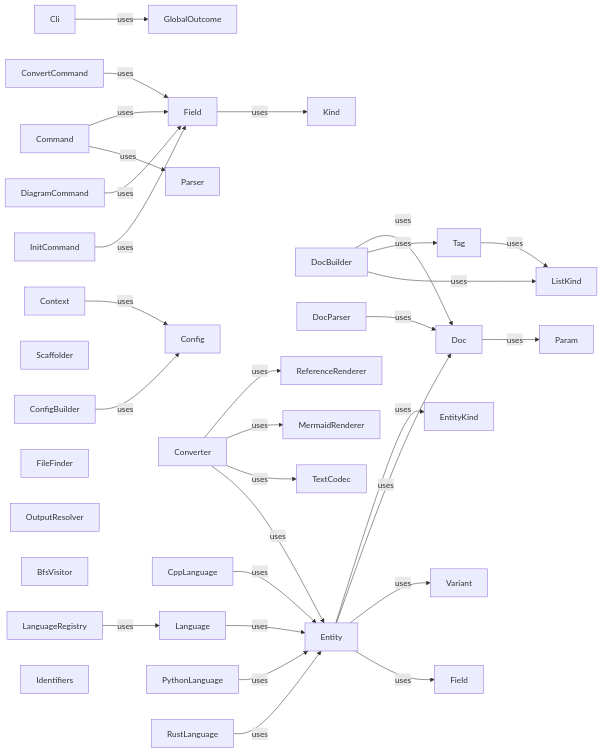
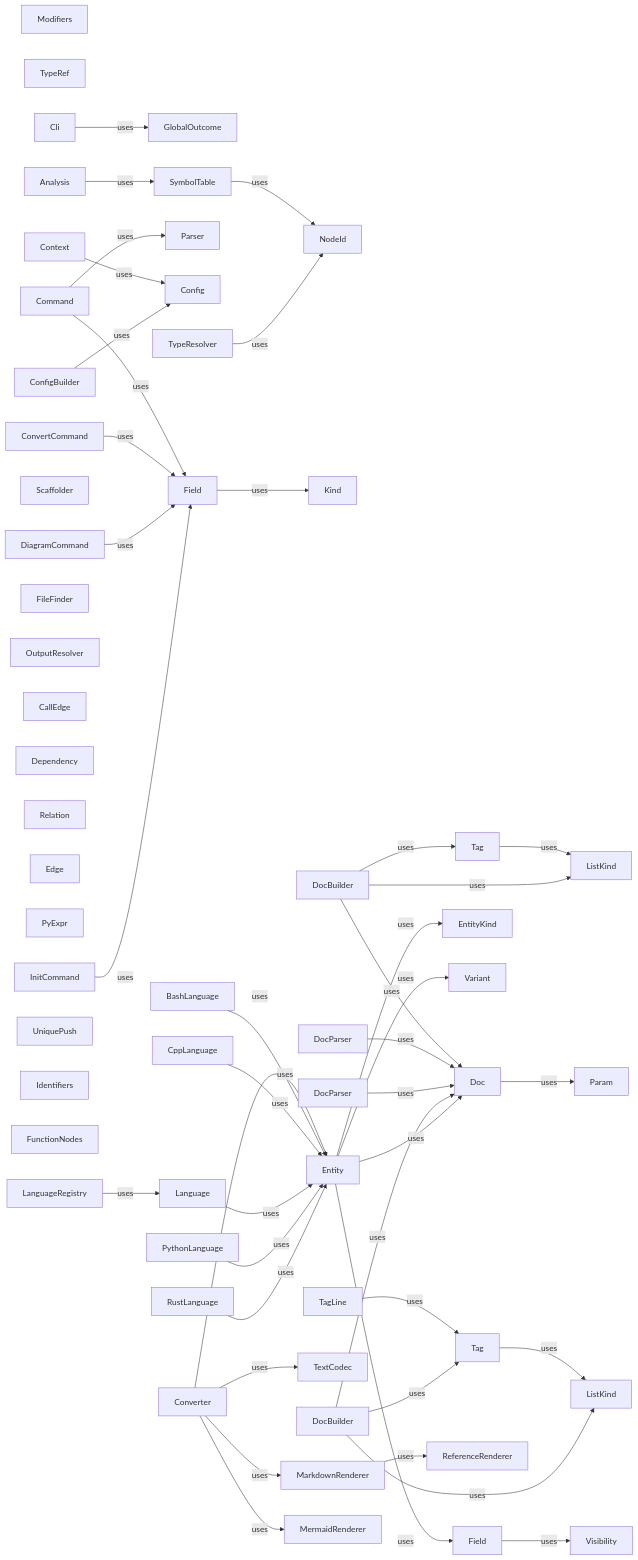
Before and after one commit to phsnia/Dozen: the third of 7 diagrams in dozen-graph.md, drawn with Mermaid. The commit also changed other lines of this file and 17 other files, not shown here.

````diff
--- a/dozen-graph.md
+++ b/dozen-graph.md
@@ -421,5 +598,9 @@
 ```mermaid
 flowchart LR
+  Visibility["Visibility"]
+  Modifiers["Modifiers"]
+  NodeId["NodeId"]
+  TypeRef["TypeRef"]
   Context["Context"]
   Command["Command"]
   ConvertCommand["ConvertCommand"]
@@ -435,16 +616,26 @@
   ListKind["ListKind"]
   DocBuilder["DocBuilder"]
   DocParser["DocParser"]
+  DocParser_2["DocParser"]
+  Tag_2["Tag"]
+  ListKind_2["ListKind"]
+  TagLine["TagLine"]
+  DocBuilder_2["DocBuilder"]
   Config["Config"]
   ConfigBuilder["ConfigBuilder"]
   TextCodec["TextCodec"]
   Converter["Converter"]
   FileFinder["FileFinder"]
   OutputResolver["OutputResolver"]
+  CallEdge["CallEdge"]
+  Dependency["Dependency"]
+  Relation["Relation"]
+  Edge["Edge"]
+  BashLanguage["BashLanguage"]
   CppLanguage["CppLanguage"]
   Language["Language"]
+  PyExpr["PyExpr"]
   PythonLanguage["PythonLanguage"]
-  BfsVisitor["BfsVisitor"]
   LanguageRegistry["LanguageRegistry"]
   RustLanguage["RustLanguage"]
   EntityKind["EntityKind"]
@@ -453,9 +644,15 @@
   Field_2["Field"]
   Doc["Doc"]
   Entity["Entity"]
+  UniquePush["UniquePush"]
+  MarkdownRenderer["MarkdownRenderer"]
   MermaidRenderer["MermaidRenderer"]
   Identifiers["Identifiers"]
+  FunctionNodes["FunctionNodes"]
   ReferenceRenderer["ReferenceRenderer"]
+  Analysis["Analysis"]
+  SymbolTable["SymbolTable"]
+  TypeResolver["TypeResolver"]
   Context -->|uses| Config
   Command -->|uses| Field
   Command -->|uses| Parser
@@ -469,19 +666,31 @@
   DocBuilder -->|uses| Tag
   DocBuilder -->|uses| ListKind
   DocParser -->|uses| Doc
+  DocParser_2 -->|uses| Doc
+  Tag_2 -->|uses| ListKind_2
+  TagLine -->|uses| Tag_2
+  DocBuilder_2 -->|uses| Doc
+  DocBuilder_2 -->|uses| Tag_2
+  DocBuilder_2 -->|uses| ListKind_2
   ConfigBuilder -->|uses| Config
-  Converter -->|uses| ReferenceRenderer
+  Converter -->|uses| MarkdownRenderer
   Converter -->|uses| MermaidRenderer
   Converter -->|uses| TextCodec
   Converter -->|uses| Entity
+  BashLanguage -->|uses| Entity
   CppLanguage -->|uses| Entity
   Language -->|uses| Entity
   PythonLanguage -->|uses| Entity
   LanguageRegistry -->|uses| Language
   RustLanguage -->|uses| Entity
+  Field_2 -->|uses| Visibility
   Doc -->|uses| Param
   Entity -->|uses| EntityKind
   Entity -->|uses| Doc
   Entity -->|uses| Variant
   Entity -->|uses| Field_2
+  MarkdownRenderer -->|uses| ReferenceRenderer
+  Analysis -->|uses| SymbolTable
+  SymbolTable -->|uses| NodeId
+  TypeResolver -->|uses| NodeId
 ```
````
